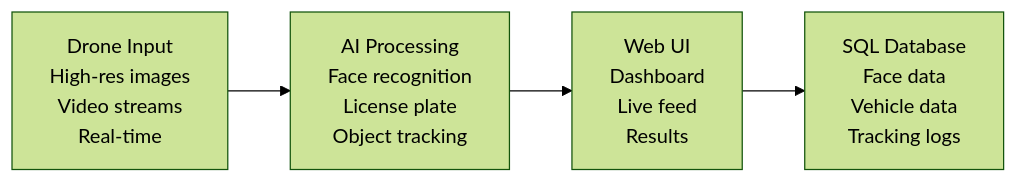
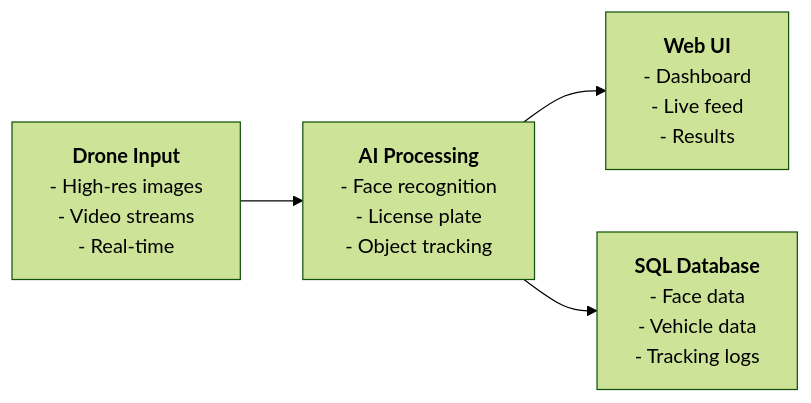
Before and after one commit to sc30ash/Surveillance-system-with-UI: the diagram in README.md, drawn with Mermaid (forest theme).

````diff
--- a/README.md
+++ b/README.md
@@ -54,7 +54,19 @@
 ```mermaid
 %%{init: {"flowchart": {"htmlLabels": false}} }%%
 flowchart LR
-    A[Drone Input \n High-res images \n Video streams \n Real-time] --> B[AI Processing \n Face recognition \n License plate \n Object tracking]
-    B --> C[Web UI \n Dashboard \n Live feed \n Results]
-    C --> D[SQL Database \n Face data \n Vehicle data \n Tracking logs]
+A["<b>Drone Input</b>
+- High-res images
+- Video streams
+- Real-time"] --> B["<b>AI Processing</b>
+- Face recognition
+- License plate
+- Object tracking"]
+B --> C["<b>Web UI</b>
+- Dashboard
+- Live feed
+- Results"]
+B --> D["<b>SQL Database</b>
+- Face data
+- Vehicle data
+- Tracking logs"]
 ```
````
